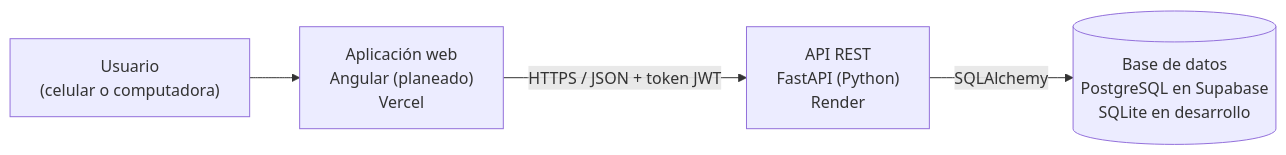
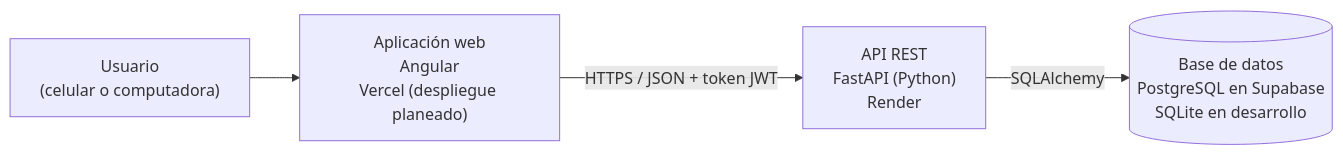
Before and after one commit to Jazzon001/Container-Tracking: the second of 3 diagrams in docs/arquitectura.md, drawn with Mermaid. The commit also changed other lines of this file, not shown here.

Commit message:
docs: actualizar arquitectura con el frontend

````diff
--- a/docs/arquitectura.md
+++ b/docs/arquitectura.md
@@ -31,11 +31,11 @@
 ```mermaid
 flowchart LR
     usuario["Usuario<br/>(celular o computadora)"]
-    web["Aplicación web<br/>Angular (planeado)<br/>Vercel"]
+    web["Aplicación web<br/>Angular<br/>Vercel (despliegue planeado)"]
     api["API REST<br/>FastAPI (Python)<br/>Render"]
     bd[("Base de datos<br/>PostgreSQL en Supabase<br/>SQLite en desarrollo")]
 
     usuario --> web
     web -- "HTTPS / JSON + token JWT" --> api
     api -- "SQLAlchemy" --> bd
 ```
````
